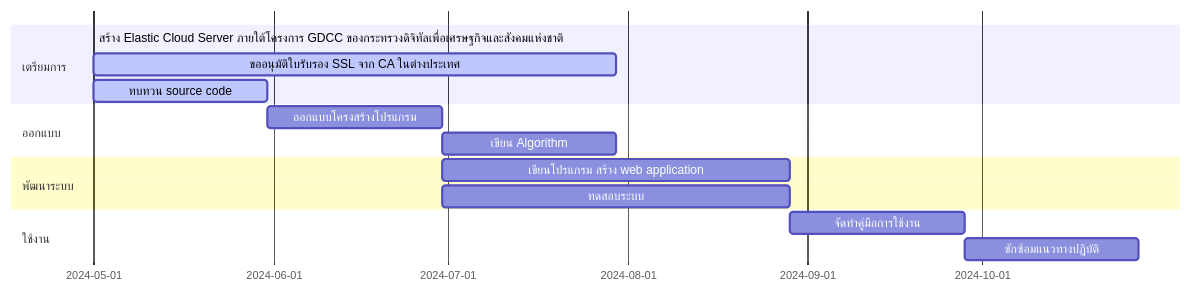
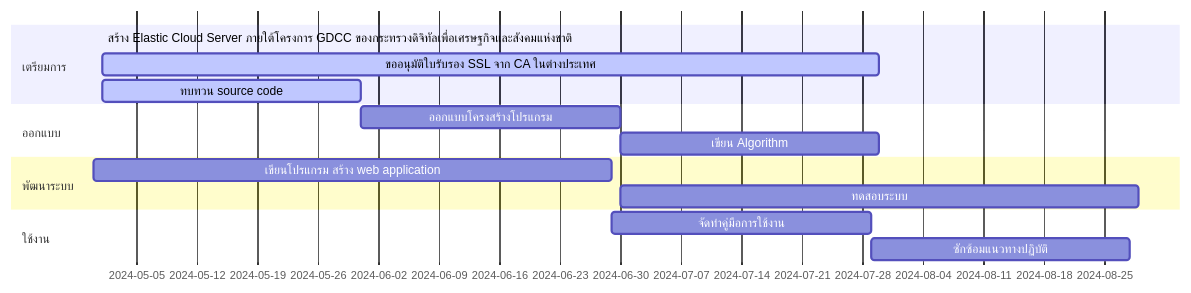
The first of 2 diagrams in README.md (Kietpawpan/e-tracking), drawn with Mermaid before and after one commit.

````diff
--- a/README.md
+++ b/README.md
@@ -10,18 +10,18 @@
 ```mermaid
 gantt
     section เตรียมการ
     สร้าง Elastic Cloud Server ภายใต้โครงการ GDCC ของกระทรวงดิจิทัลเพื่อเศรษฐกิจและสังคมแห่งชาติ :done,    des1, 2024-05-01,2024-05-30
     ขออนุมัติใบรับรอง SSL จาก CA ในต่างประเทศ        :active, des2, after des1, 90d
     ทบทวน source code  :   active, des3, after des1, 30d
     section ออกแบบ
     ออกแบบโครงสร้างโปรแกรม  :         des4, after des3, 30d
     เขียน Algorithm:   des4a, after des4, 30d
     section พัฒนาระบบ
-    เขียนโปรแกรม สร้าง web application  :         des7, after des4, 60d
+    เขียนโปรแกรม สร้าง web application  :         des7, 2024-04-30, 60d
     ทดสอบระบบ:des7a, after des4, 60d
    section ใช้งาน
     จัดทำคู่มือการใช้งาน   :         des8, after des7, 30d
     ซักซ้อมแนวทางปฏิบัติ   :         des9, after des8, 30d
 
 
 ```
````
